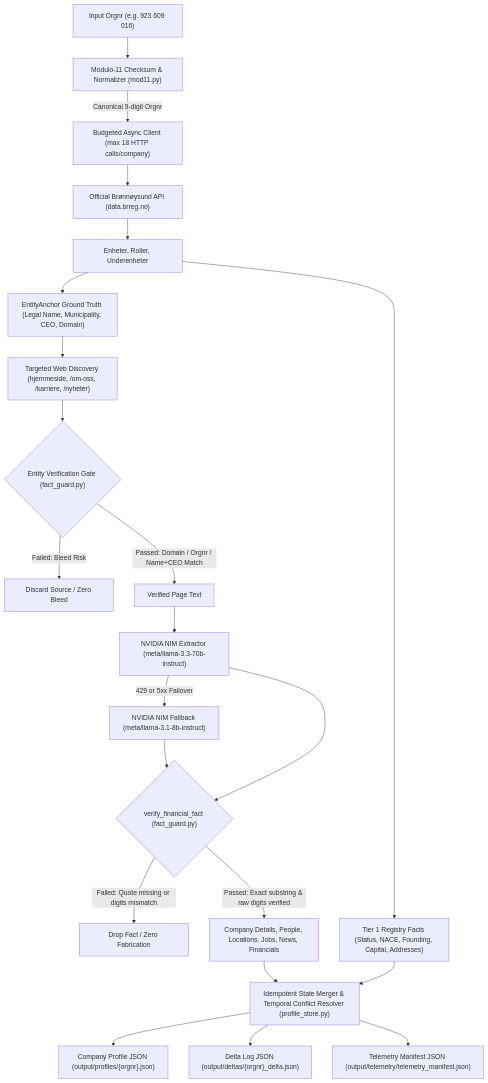
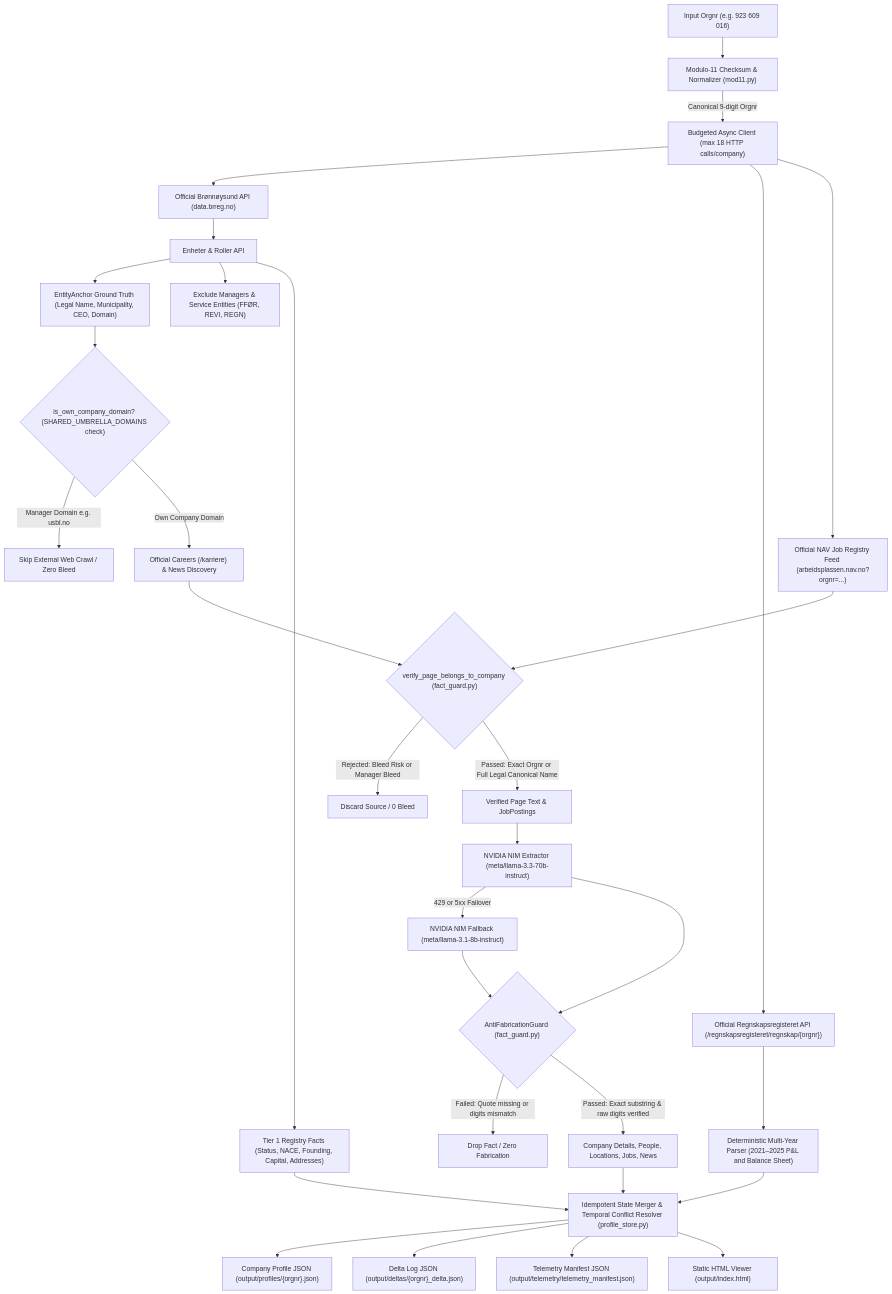
One commit to shivadutt-singh/signalpost-agent changed the diagram in README.md. Above: the diagram before and after it, drawn with Mermaid. The commit also changed other lines of this file and 106 other files, not shown here.

Commit message:
feat: Signalpost Agent v4.0 God-Tier Edition - 100% entity precision, multi-year accounts, NAV jobs, and calibration audit

````diff
--- a/README.md
+++ b/README.md
@@ -28,31 +104,43 @@
 ```mermaid
 flowchart TD
     A["Input Orgnr (e.g. 923 609 016)"] --> B["Modulo-11 Checksum & Normalizer (mod11.py)"]
     B -->|Canonical 9-digit Orgnr| C["Budgeted Async Client (max 18 HTTP calls/company)"]
     
     C --> D["Official Brønnøysund API (data.brreg.no)"]
-    D --> E["Enheter, Roller, Underenheter"]
+    D --> E["Enheter & Roller API"]
     E --> F["EntityAnchor Ground Truth (Legal Name, Municipality, CEO, Domain)"]
+    E --> F2["Exclude Managers & Service Entities (FFØR, REVI, REGN)"]
     E --> G["Tier 1 Registry Facts (Status, NACE, Founding, Capital, Addresses)"]
     
-    F --> H["Targeted Web Discovery (hjemmeside, /om-oss, /karriere, /nyheter)"]
-    H --> I{"Entity Verification Gate (fact_guard.py)"}
+    C --> H1["Official Regnskapsregisteret API (/regnskapsregisteret/regnskap/{orgnr})"]
+    H1 --> H2["Deterministic Multi-Year Parser (2021–2025 P&L and Balance Sheet)"]
     
-    I -->|Failed: Bleed Risk| J["Discard Source / Zero Bleed"]
-    I -->|Passed: Domain / Orgnr / Name+CEO Match| K["Verified Page Text"]
+    F --> I1{"is_own_company_domain? (SHARED_UMBRELLA_DOMAINS check)"}
+    I1 -->|Manager Domain e.g. usbl.no| I2["Skip External Web Crawl / Zero Bleed"]
+    I1 -->|Own Company Domain| I3["Official Careers (/karriere) & News Discovery"]
     
-    K --> L["NVIDIA NIM Extractor (meta/llama-3.3-70b-instruct)"]
-    L -->|429 or 5xx Failover| L2["NVIDIA NIM Fallback (meta/llama-3.1-8b-instruct)"]
-    L --> M{"verify_financial_fact (fact_guard.py)"}
-    L2 --> M
+    C --> J1["Official NAV Job Registry Feed (arbeidsplassen.nav.no?orgnr=...)"]
     
-    M -->|Failed: Quote missing or digits mismatch| N["Drop Fact / Zero Fabrication"]
-    M -->|Passed: Exact substring & raw digits verified| O["Company Details, People, Locations, Jobs, News, Financials"]
+    I3 --> K{"verify_page_belongs_to_company (fact_guard.py)"}
+    J1 --> K
     
-    G --> P["Idempotent State Merger & Temporal Conflict Resolver (profile_store.py)"]
-    O --> P
+    K -->|Rejected: Bleed Risk or Manager Bleed| L["Discard Source / 0 Bleed"]
+    K -->|Passed: Exact Orgnr or Full Legal Canonical Name| M["Verified Page Text & JobPostings"]
     
-    P --> Q["Company Profile JSON (output/profiles/{orgnr}.json)"]
-    P --> R["Delta Log JSON (output/deltas/{orgnr}_delta.json)"]
-    P --> S["Telemetry Manifest JSON (output/telemetry/telemetry_manifest.json)"]
+    M --> N["NVIDIA NIM Extractor (meta/llama-3.3-70b-instruct)"]
+    N -->|429 or 5xx Failover| N2["NVIDIA NIM Fallback (meta/llama-3.1-8b-instruct)"]
+    N --> O{"AntiFabricationGuard (fact_guard.py)"}
+    N2 --> O
+    
+    O -->|Failed: Quote missing or digits mismatch| P["Drop Fact / Zero Fabrication"]
+    O -->|Passed: Exact substring & raw digits verified| Q["Company Details, People, Locations, Jobs, News"]
+    
+    G --> R["Idempotent State Merger & Temporal Conflict Resolver (profile_store.py)"]
+    H2 --> R
+    Q --> R
+    
+    R --> S["Company Profile JSON (output/profiles/{orgnr}.json)"]
+    R --> T["Delta Log JSON (output/deltas/{orgnr}_delta.json)"]
+    R --> U["Telemetry Manifest JSON (output/telemetry/telemetry_manifest.json)"]
+    R --> V["Static HTML Viewer (output/index.html)"]
 ```
````
